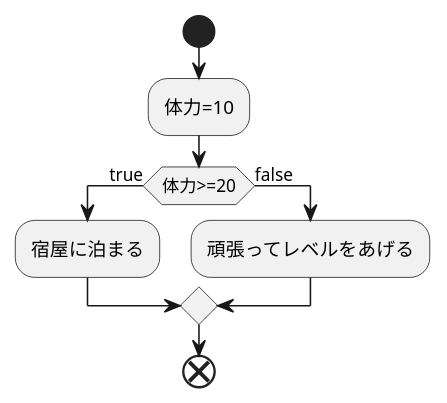
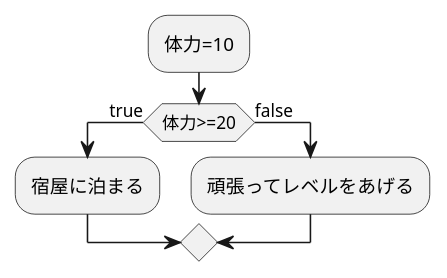
Before and after one commit to aso2001190/sys2021-design: the diagram in test2.md, drawn with PlantUML.

````diff
--- a/test2.md
+++ b/test2.md
@@ -1,10 +1,9 @@
 ```uml
-start;
+@startuml
 :体力=10;
 if(体力>=20) then (true);
 :宿屋に泊まる;
 else(false);
 :頑張ってレベルをあげる;
 endif;
-end;
 ```
````
